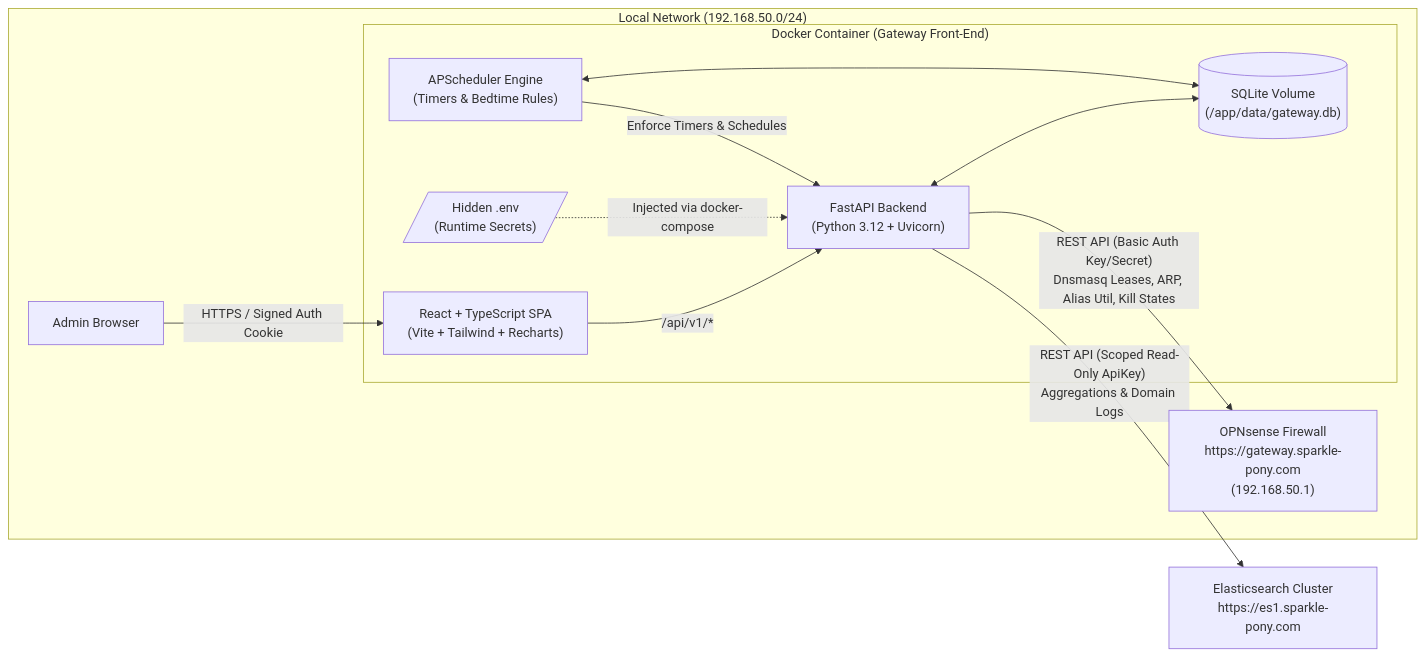
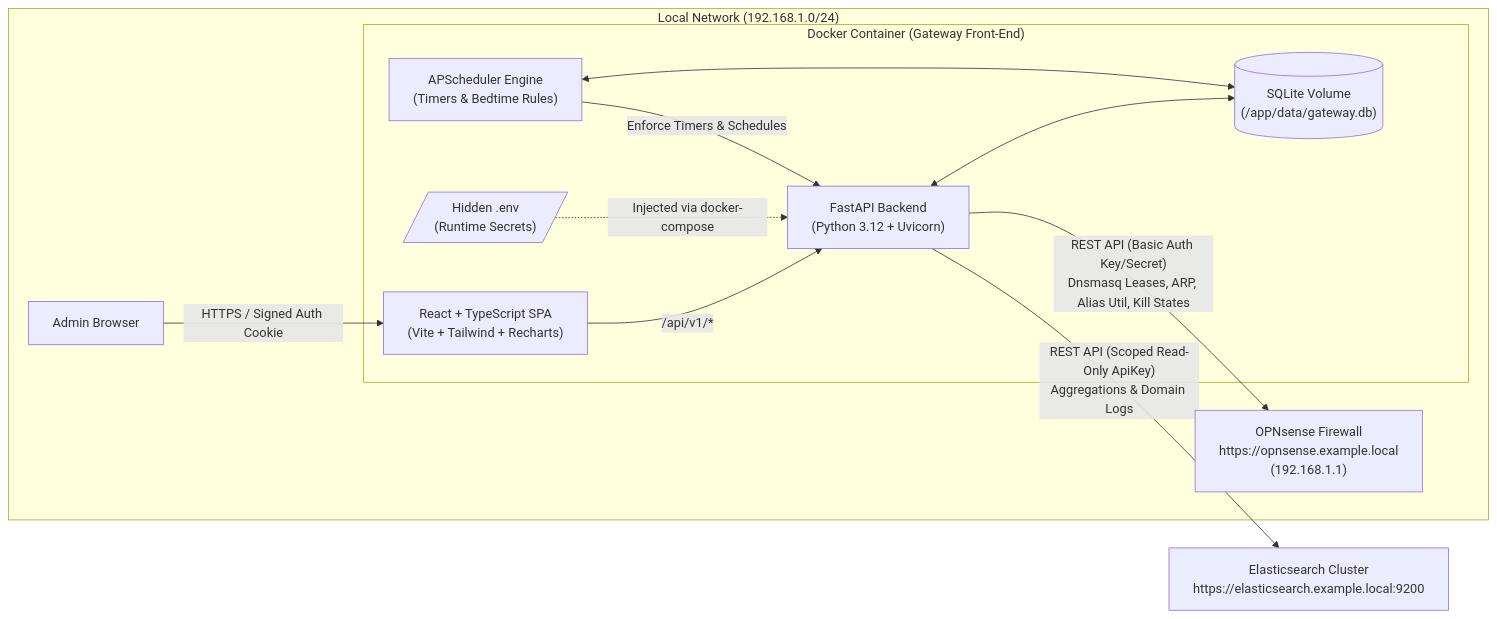
The first of 3 diagrams in PLAN.md (cpavlas/gateway-front-end), drawn with Mermaid before and after one commit. The commit also changed other lines of this file and 15 other files, not shown here.

Commit message:
chore(docs): remove AGENTS.md and ES_SCHEMA_DISCOVERY.md from Git and sanitize local network references

````diff
--- a/PLAN.md
+++ b/PLAN.md
@@ -16,25 +16,25 @@
 ```mermaid
 flowchart LR
-    subgraph LAN["Local Network (192.168.50.0/24)"]
+    subgraph LAN["Local Network (192.168.1.0/24)"]
         Admin["Admin Browser"]
         subgraph Docker["Docker Container (Gateway Front-End)"]
             UI["React + TypeScript SPA<br/>(Vite + Tailwind + Recharts)"]
             API["FastAPI Backend<br/>(Python 3.12 + Uvicorn)"]
             Sched["APScheduler Engine<br/>(Timers & Bedtime Rules)"]
             DB[("SQLite Volume<br/>(/app/data/gateway.db)")]
             Env[/"Hidden .env<br/>(Runtime Secrets)"/]
         end
-        OPN["OPNsense Firewall<br/>https://gateway.sparkle-pony.com<br/>(192.168.50.1)"]
+        OPN["OPNsense Firewall<br/>https://opnsense.example.local<br/>(192.168.1.1)"]
     end
 
-    ES["Elasticsearch Cluster<br/>https://es1.sparkle-pony.com"]
+    ES["Elasticsearch Cluster<br/>https://elasticsearch.example.local:9200"]
 
     Admin -->|"HTTPS / Signed Auth Cookie"| UI
     UI -->|"/api/v1/*"| API
     Env -.->|"Injected via docker-compose"| API
     API <--> DB
     Sched <--> DB
     Sched -->|"Enforce Timers & Schedules"| API
     API -->|"REST API (Basic Auth Key/Secret)<br/>Dnsmasq Leases, ARP, Alias Util, Kill States"| OPN
     API -->|"REST API (Scoped Read-Only ApiKey)<br/>Aggregations & Domain Logs"| ES
 ```
````
